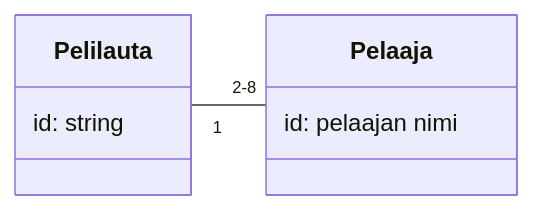
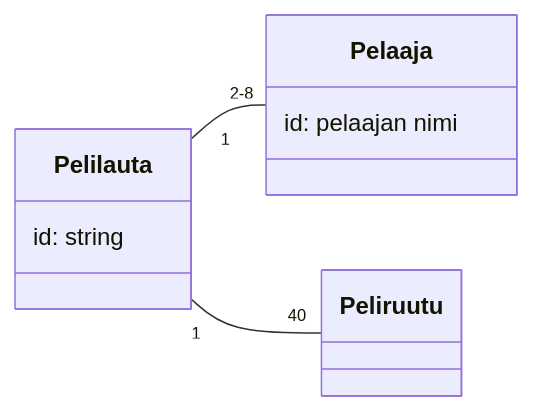
One commit to brotholi/ot-harjoitustyo changed the diagram in laskarit/viikko3/monopoli.md. Above: the diagram before and after it, drawn with Mermaid.

````diff
--- a/laskarit/viikko3/monopoli.md
+++ b/laskarit/viikko3/monopoli.md
@@ -1,17 +1,23 @@
 ```mermaid
  classDiagram
     direction LR
     
     
     class Pelaaja {
         id: pelaajan nimi
     }
 
     class Pelilauta {
      id: string   
     }
+    
+    
+    class Peliruutu {
+    
+    }
 
     Pelilauta "1" -- "2-8" Pelaaja
-
+    Pelilauta "1" -- "40" Peliruutu
+    
 
 ```
````
